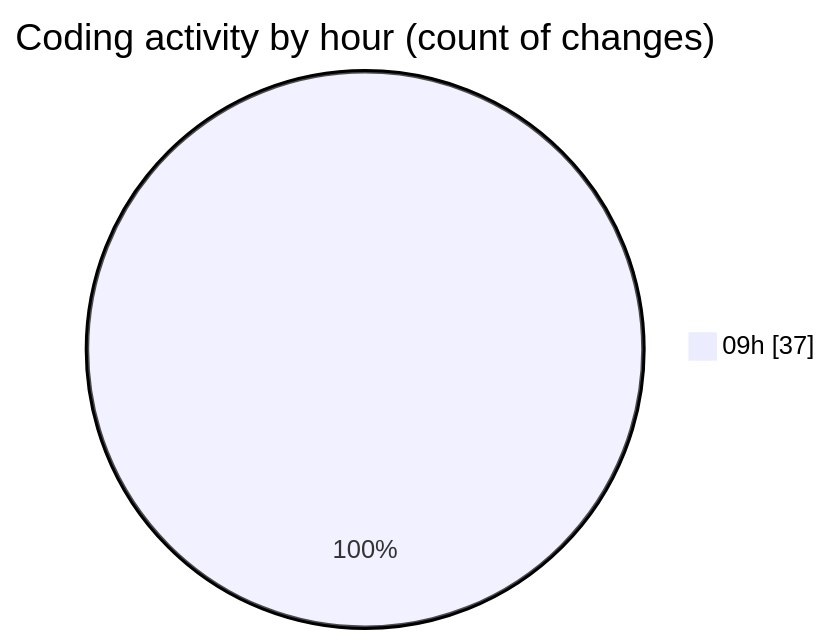
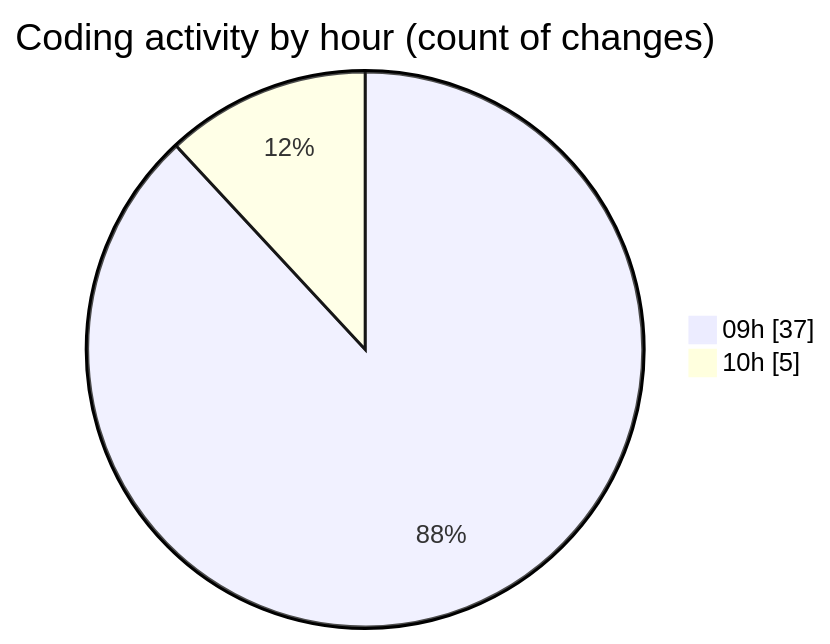
Before and after one commit to momahboobian/code-tracking: the second of 2 diagrams in 2025-02-12/cda/README.md, drawn with Mermaid. The commit also changed other lines of this file and 1 other file, not shown here.

````diff
--- a/2025-02-12/cda/README.md
+++ b/2025-02-12/cda/README.md
@@ -29,5 +29,6 @@
 ```mermaid
 pie showData
 title Coding activity by hour (count of changes)
 "09h" : 37
+"10h" : 5
 ```
````
